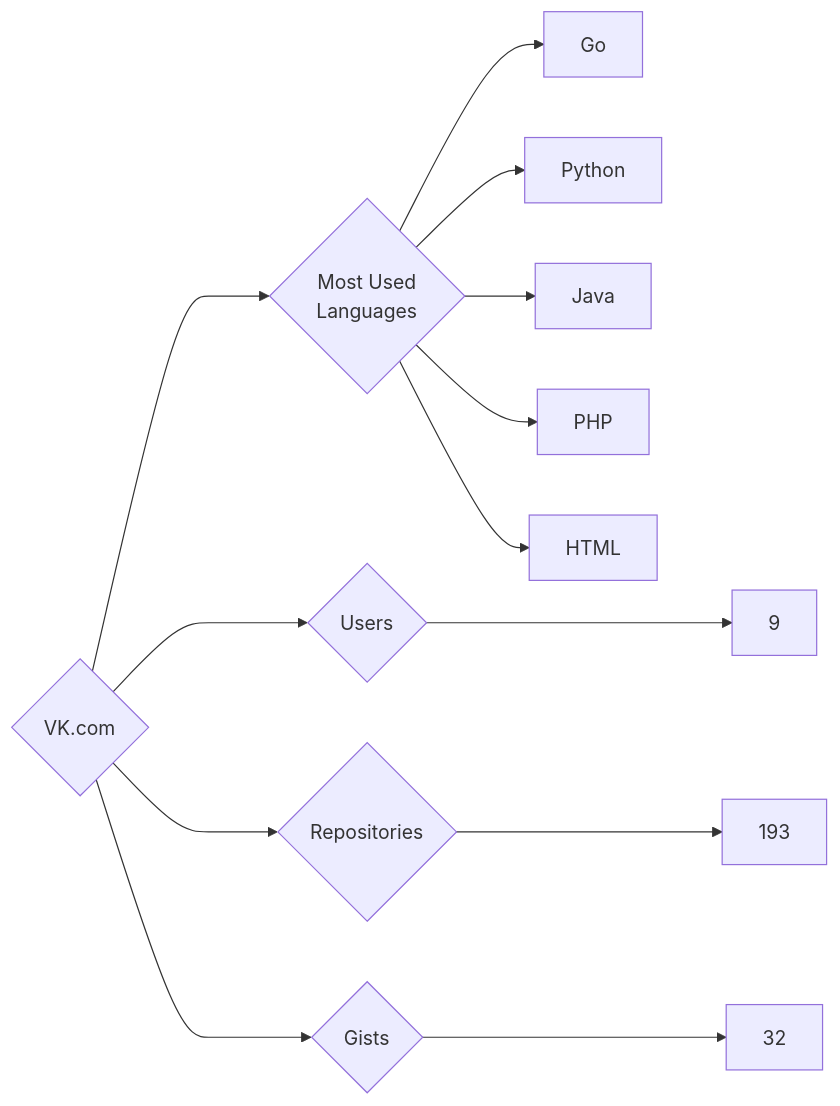
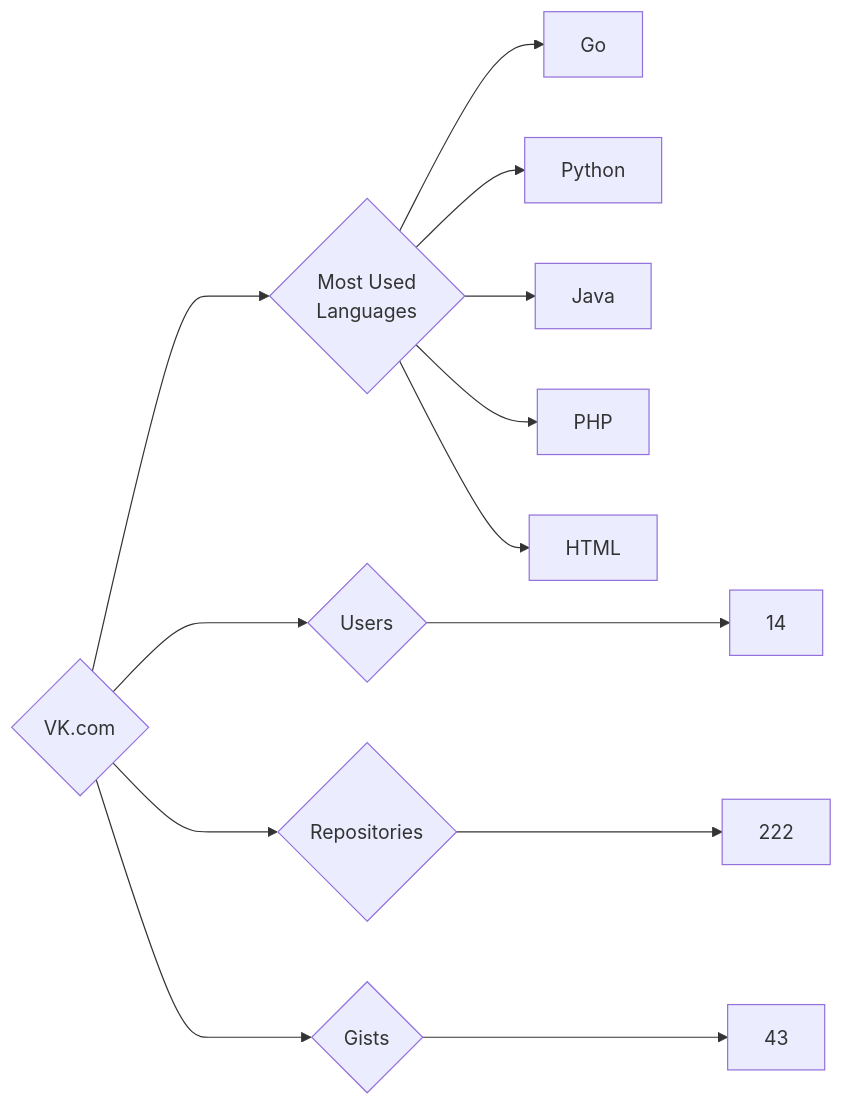
One commit to trickest/insiders changed the diagram in targets/VK.com/README.md. Above: the diagram before and after it, drawn with Mermaid. The commit also changed 695 other files, not shown here.

````diff
--- a/targets/VK.com/README.md
+++ b/targets/VK.com/README.md
@@ -3,13 +3,13 @@
 ```mermaid
 graph LR
 COMPANY_NAME{VK.com}
-COMPANY_NAME ---> U{Users} ---> UN[9]
-COMPANY_NAME ---> R{Repositories} ---> RN[193]
-COMPANY_NAME ---> G{Gists} ---> GN[32]
+COMPANY_NAME ---> U{Users} ---> UN[14]
+COMPANY_NAME ---> R{Repositories} ---> RN[222]
+COMPANY_NAME ---> G{Gists} ---> GN[43]
 COMPANY_NAME ---> ML{Most Used<br>Languages}
 ML --> Go[Go]
 ML --> Python[Python]
 ML --> Java[Java]
 ML --> PHP[PHP]
 ML --> HTML[HTML]
 ```
````
